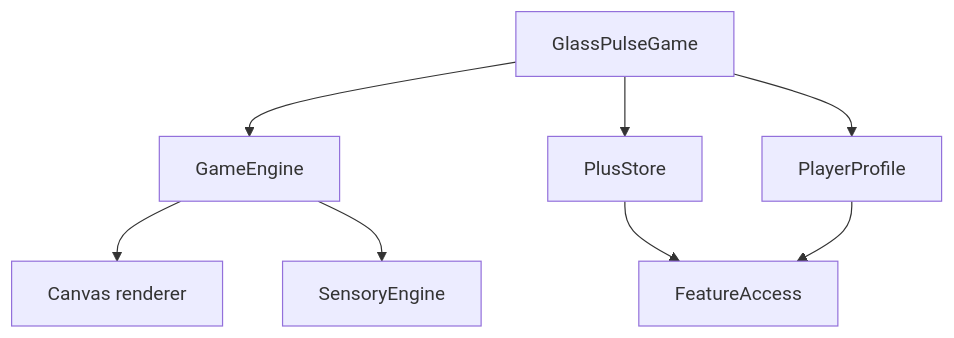
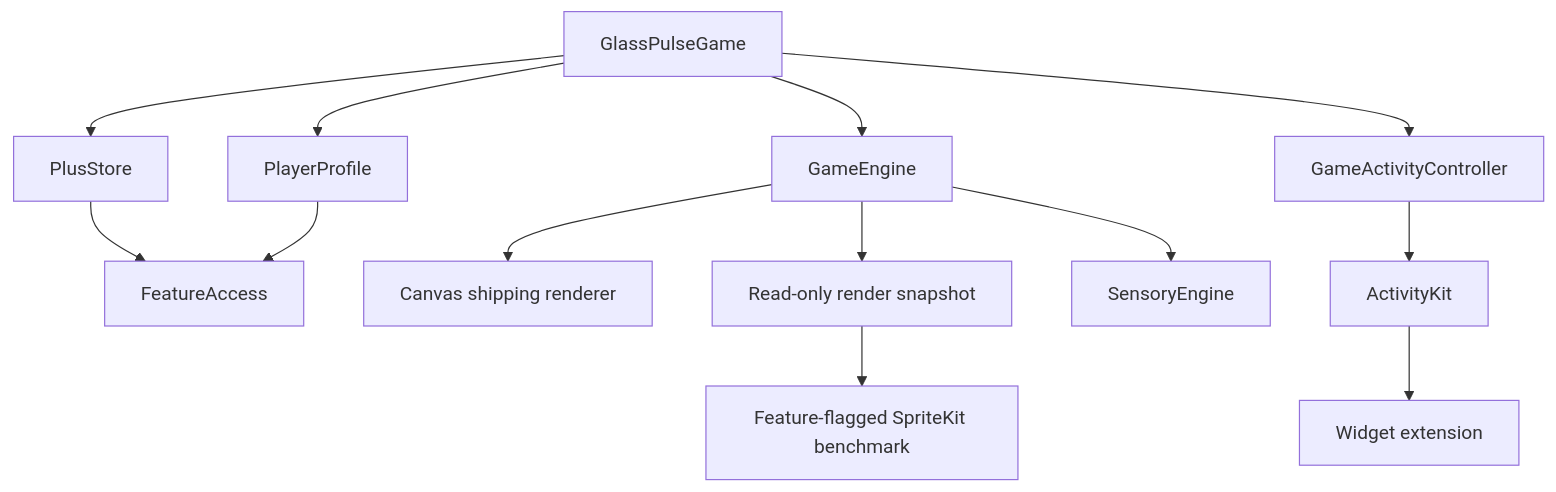
The diagram in docs/arch/architecture.md (QuachGia1994/GlassPulse), drawn with Mermaid before and after one commit. The commit also changed other lines of this file and 31 other files, not shown here.

````diff
--- a/docs/arch/architecture.md
+++ b/docs/arch/architecture.md
@@ -7,10 +7,15 @@
 ```mermaid
 flowchart TD
     V[GlassPulseGame] --> E[GameEngine]
     V --> P[PlayerProfile]
     V --> S[PlusStore]
+    V --> L[GameActivityController]
     S --> A[FeatureAccess]
     P --> A
-    E --> R[Canvas renderer]
+    E --> C[Canvas shipping renderer]
+    E --> B[Read-only render snapshot]
+    B --> K[Feature-flagged SpriteKit benchmark]
     E --> F[SensoryEngine]
+    L --> AK[ActivityKit]
+    AK --> W[Widget extension]
 ```
````
